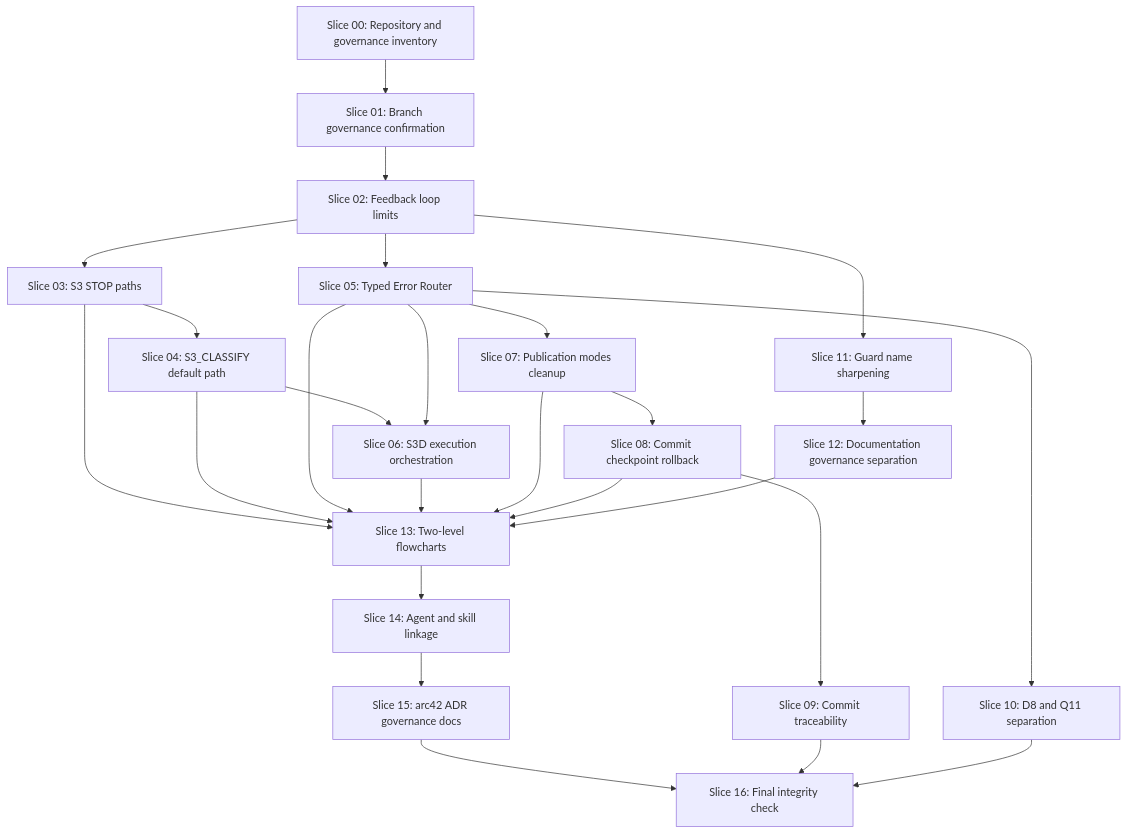
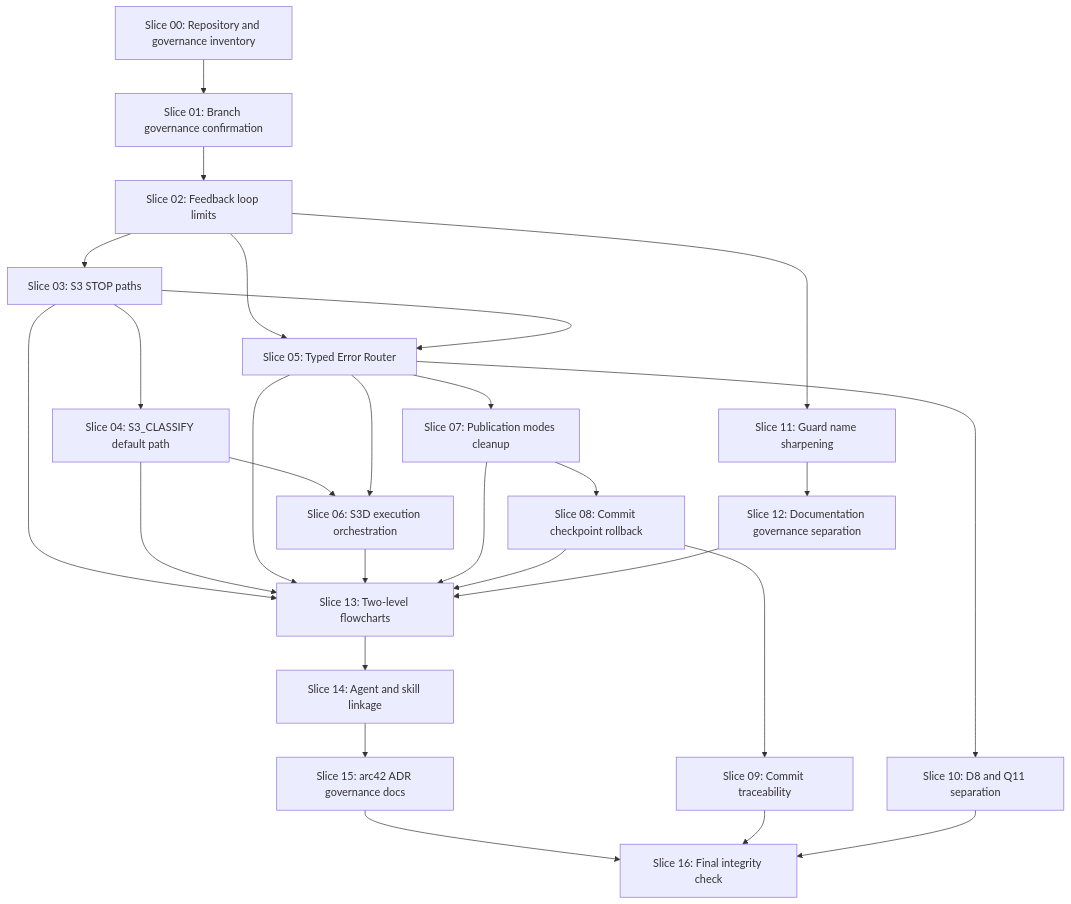
Before and after one commit to MatthiasBurger-Coder/forensic_analytics: the diagram in docs/workflow/slice-dependency-map.md, drawn with Mermaid. The commit also changed 15 other files, not shown here.

````diff
--- a/docs/workflow/slice-dependency-map.md
+++ b/docs/workflow/slice-dependency-map.md
@@ -5,37 +5,38 @@
 ```mermaid
 flowchart TD
   S00["Slice 00: Repository and governance inventory"]
   S01["Slice 01: Branch governance confirmation"]
   S02["Slice 02: Feedback loop limits"]
   S03["Slice 03: S3 STOP paths"]
   S04["Slice 04: S3_CLASSIFY default path"]
   S05["Slice 05: Typed Error Router"]
   S06["Slice 06: S3D execution orchestration"]
   S07["Slice 07: Publication modes cleanup"]
   S08["Slice 08: Commit checkpoint rollback"]
   S09["Slice 09: Commit traceability"]
   S10["Slice 10: D8 and Q11 separation"]
   S11["Slice 11: Guard name sharpening"]
   S12["Slice 12: Documentation governance separation"]
   S13["Slice 13: Two-level flowcharts"]
   S14["Slice 14: Agent and skill linkage"]
   S15["Slice 15: arc42 ADR governance docs"]
   S16["Slice 16: Final integrity check"]
 
   S00 --> S01 --> S02
   S02 --> S03 --> S04 --> S06
   S02 --> S05 --> S06
+  S03 --> S05
   S05 --> S07 --> S08 --> S09
   S05 --> S10
   S02 --> S11 --> S12
   S03 --> S13
   S04 --> S13
   S05 --> S13
   S06 --> S13
   S07 --> S13
   S08 --> S13
   S12 --> S13
   S13 --> S14 --> S15 --> S16
   S09 --> S16
   S10 --> S16
 ```
````
